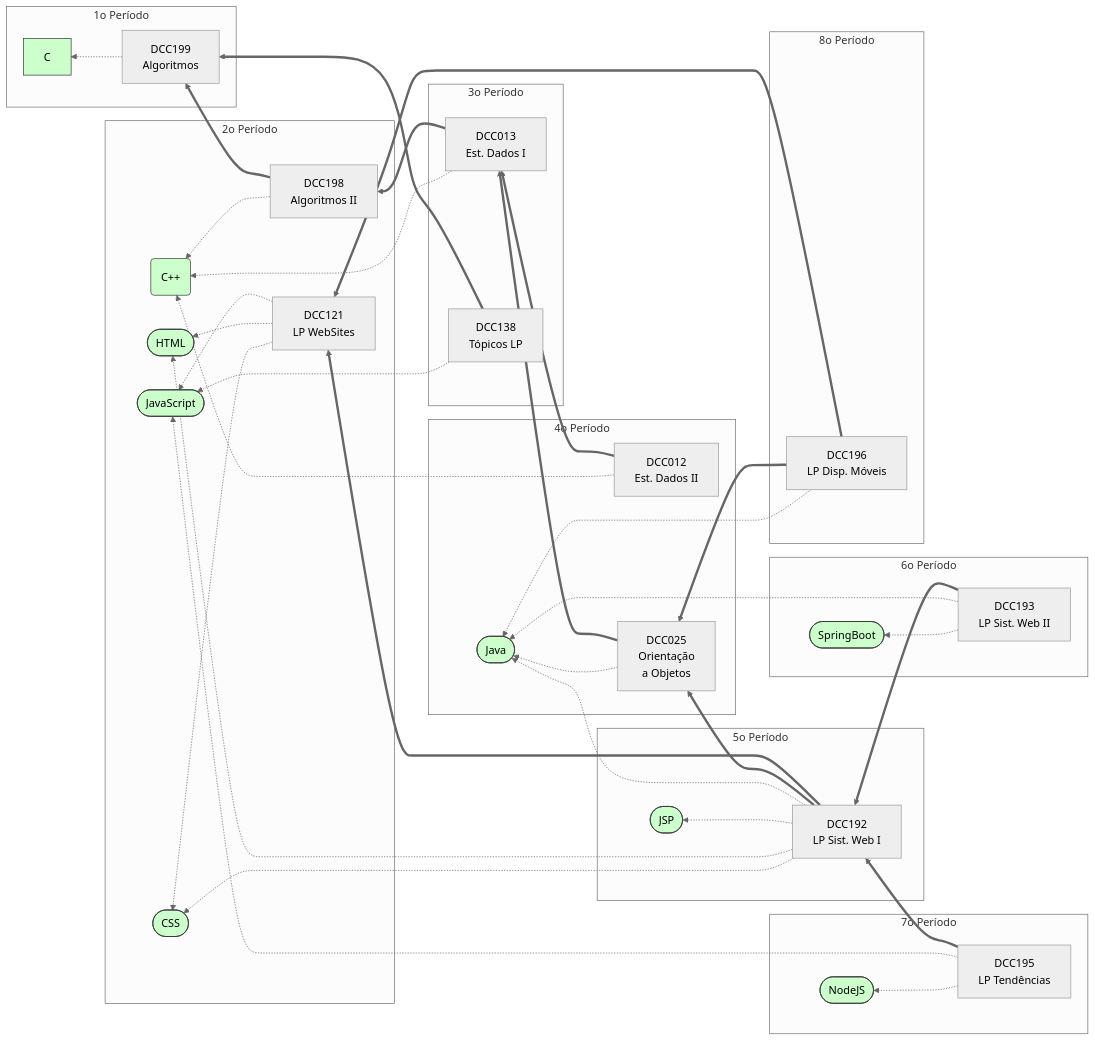
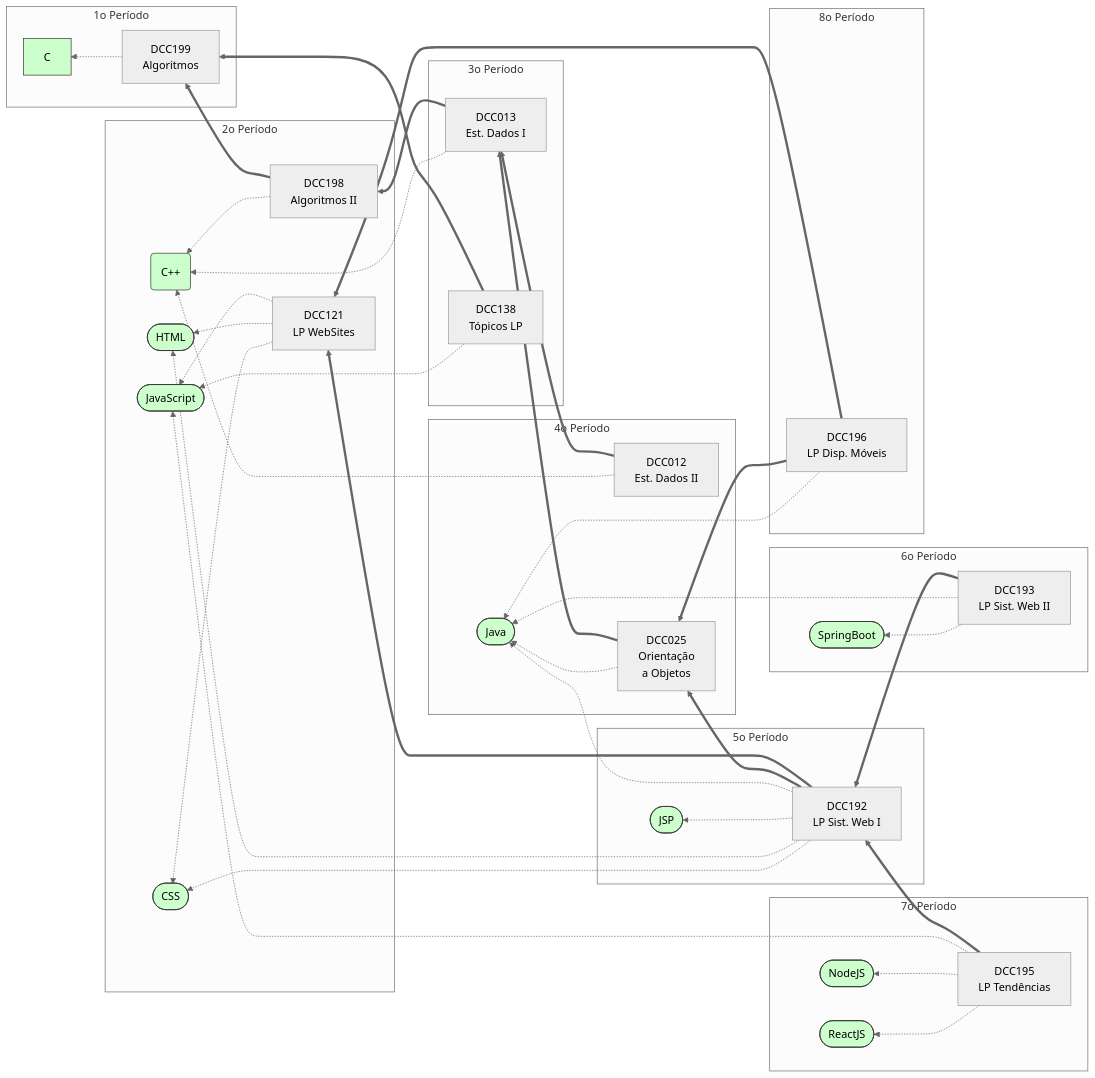
The diagram in README.md (igorknop/ufjf-dcc-tech-tree), drawn with Mermaid (neutral theme) before and after one commit.

Commit message:
add react to dcc195

````diff
--- a/README.md
+++ b/README.md
@@ -3,75 +3,76 @@
 ```mermaid
 flowchart RL
 subgraph 1o Período
     DCC199[DCC199\nAlgoritmos]
     DCC199 -.->C
 end
 
 subgraph 2o Período
     DCC198[DCC198\nAlgoritmos II]
     DCC198 ==> DCC199
     DCC198 -.->CPP(C++)
 
     DCC121[DCC121\nLP WebSites]
     DCC121 -.-> JS([JavaScript])
     DCC121 -.-> HTML([HTML])
     DCC121 -.-> CSS([CSS])
 end
 
 subgraph 3o Período
     DCC013[DCC013\nEst. Dados I]
     DCC013 ==> DCC198
     DCC013 -.-> CPP
 
     DCC138[DCC138\nTópicos LP]
     DCC138 ==> DCC199
     DCC138 -.-> JS
 end
 
 subgraph 4o Período
     DCC012[DCC012\nEst. Dados II]
     DCC012 ==> DCC013
     DCC012 -.-> CPP
 
     DCC025[DCC025\nOrientação\na Objetos]
     DCC025 ==> DCC013
     DCC025 -.-> Java([Java])
 end
 
 subgraph 5o Período
     DCC192[DCC192\nLP Sist. Web I]
     DCC192==> DCC121
     DCC192==> DCC025
     DCC192 -.-> Java
     DCC192 -.-> JSP([JSP])
     DCC192 -.-> HTML
     DCC192 -.-> CSS
 end
 
 subgraph 6o Período
     DCC193[DCC193\nLP Sist. Web II]
     DCC193 ==> DCC192
     DCC193 -.-> Java([Java])
     DCC193 -.-> SpringBoot([SpringBoot])
 
 
 end
 
 subgraph 7o Período
 DCC195[DCC195\nLP Tendências]
     DCC195 ==> DCC192
     DCC195 -.-> JS
     DCC195 -.-> NodeJS([NodeJS])
+    DCC195 -.-> ReactJS([ReactJS])
 end
 
 subgraph 8o Período
     DCC196[DCC196\nLP Disp. Móveis]
     DCC196 ==> DCC121
     DCC196 ==> DCC025 
     DCC196 -.-> Java
 end
 
 
     classDef tech fill:#cfc,stroke:#333,stroke-width:1px
-    class C,CPP,HTML,CSS,JS,NodeJS,Java,JSP,SpringBoot tech;
+    class C,CPP,HTML,CSS,JS,NodeJS,Java,JSP,SpringBoot,ReactJS tech;
 ```
````
